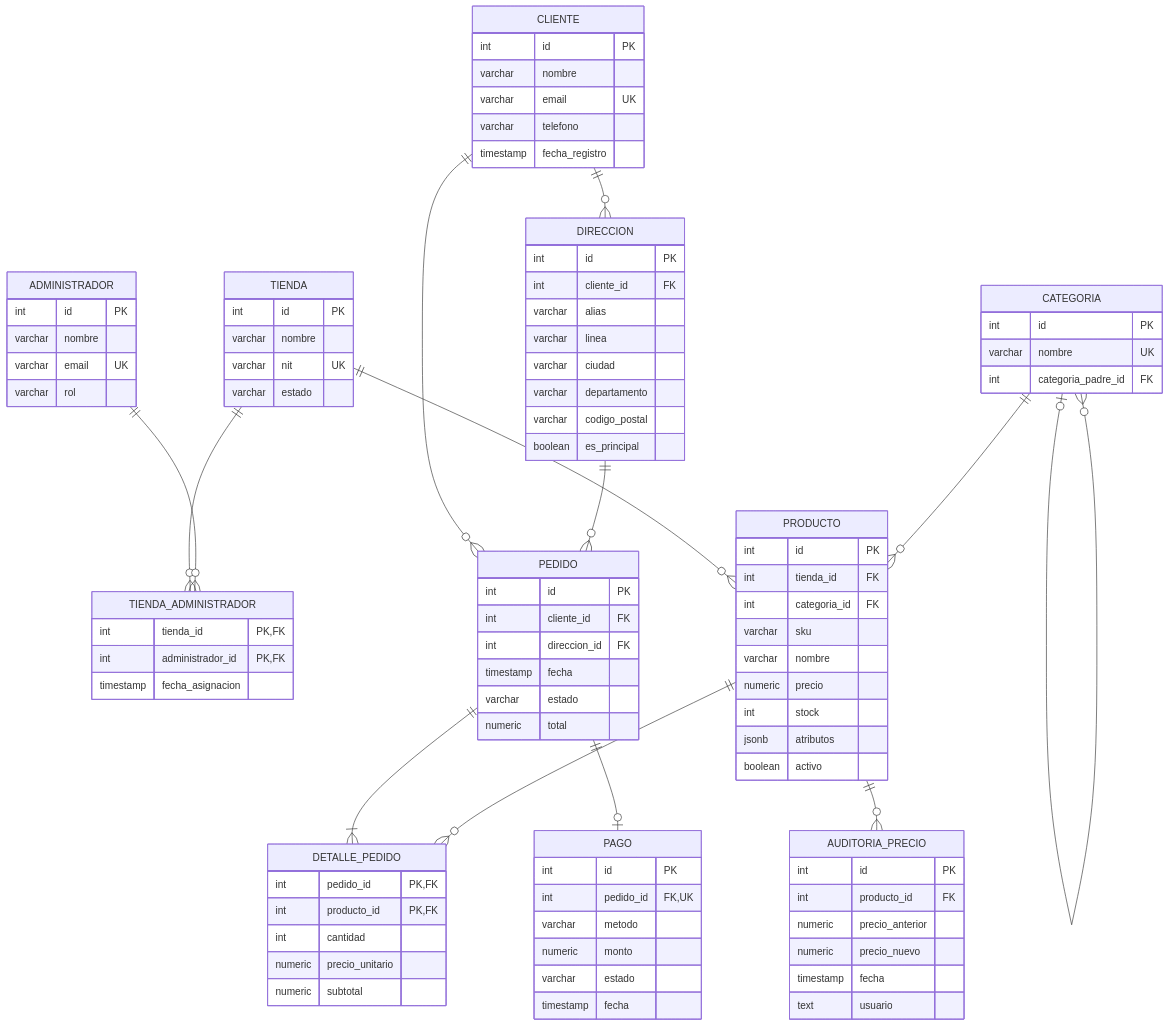
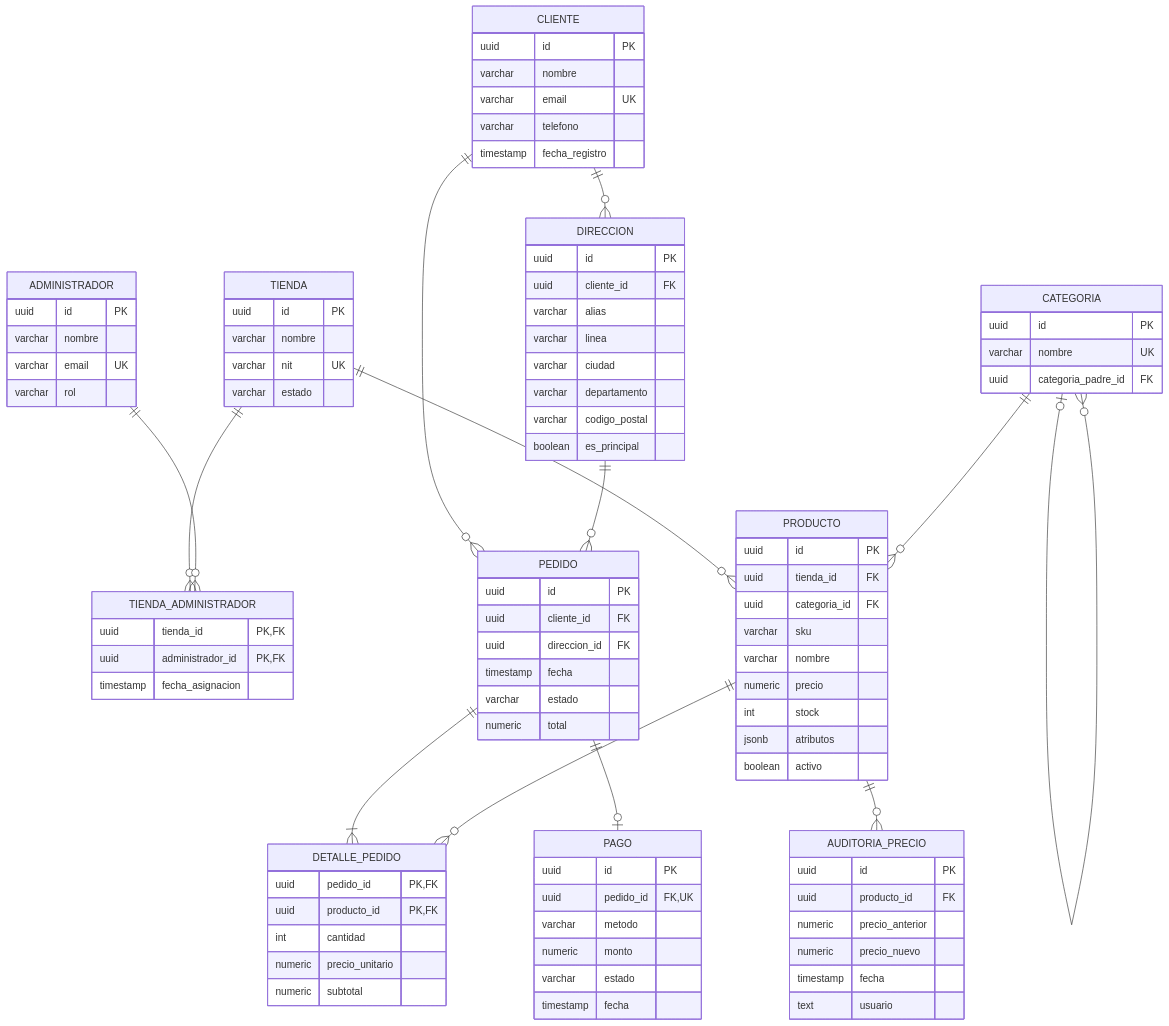
The diagram in diagramas/02_modelo_relacional.mmd (CristianLopez3/aca-bd-scritps), drawn with Mermaid before and after one commit. The commit also changed 3 other files, not shown here.

First line of the commit message:
docs: :memo: Regenera los diagramas con UUID y corrige el solapamiento de la auto-relación

```diff
--- a/diagramas/02_modelo_relacional.mmd
+++ b/diagramas/02_modelo_relacional.mmd
@@ -1,94 +1,94 @@
 erDiagram
     CLIENTE {
-        int id PK
+        uuid id PK
         varchar nombre
         varchar email UK
         varchar telefono
         timestamp fecha_registro
     }
     DIRECCION {
-        int id PK
-        int cliente_id FK
+        uuid id PK
+        uuid cliente_id FK
         varchar alias
         varchar linea
         varchar ciudad
         varchar departamento
         varchar codigo_postal
         boolean es_principal
     }
     TIENDA {
-        int id PK
+        uuid id PK
         varchar nombre
         varchar nit UK
         varchar estado
     }
     ADMINISTRADOR {
-        int id PK
+        uuid id PK
         varchar nombre
         varchar email UK
         varchar rol
     }
     TIENDA_ADMINISTRADOR {
-        int tienda_id PK,FK
-        int administrador_id PK,FK
+        uuid tienda_id PK,FK
+        uuid administrador_id PK,FK
         timestamp fecha_asignacion
     }
     CATEGORIA {
-        int id PK
+        uuid id PK
         varchar nombre UK
-        int categoria_padre_id FK
+        uuid categoria_padre_id FK
     }
     PRODUCTO {
-        int id PK
-        int tienda_id FK
-        int categoria_id FK
+        uuid id PK
+        uuid tienda_id FK
+        uuid categoria_id FK
         varchar sku
         varchar nombre
         numeric precio
         int stock
         jsonb atributos
         boolean activo
     }
     PEDIDO {
-        int id PK
-        int cliente_id FK
-        int direccion_id FK
+        uuid id PK
+        uuid cliente_id FK
+        uuid direccion_id FK
         timestamp fecha
         varchar estado
         numeric total
     }
     DETALLE_PEDIDO {
-        int pedido_id PK,FK
-        int producto_id PK,FK
+        uuid pedido_id PK,FK
+        uuid producto_id PK,FK
         int cantidad
         numeric precio_unitario
         numeric subtotal
     }
     PAGO {
-        int id PK
-        int pedido_id FK,UK
+        uuid id PK
+        uuid pedido_id FK,UK
         varchar metodo
         numeric monto
         varchar estado
         timestamp fecha
     }
     AUDITORIA_PRECIO {
-        int id PK
-        int producto_id FK
+        uuid id PK
+        uuid producto_id FK
         numeric precio_anterior
         numeric precio_nuevo
         timestamp fecha
         text usuario
     }
     CLIENTE ||--o{ DIRECCION : ""
     CLIENTE ||--o{ PEDIDO : ""
     DIRECCION ||--o{ PEDIDO : ""
     TIENDA ||--o{ TIENDA_ADMINISTRADOR : ""
     ADMINISTRADOR ||--o{ TIENDA_ADMINISTRADOR : ""
     TIENDA ||--o{ PRODUCTO : ""
     CATEGORIA ||--o{ PRODUCTO : ""
     CATEGORIA |o--o{ CATEGORIA : ""
     PEDIDO ||--|{ DETALLE_PEDIDO : ""
     PRODUCTO ||--o{ DETALLE_PEDIDO : ""
     PEDIDO ||--o| PAGO : ""
     PRODUCTO ||--o{ AUDITORIA_PRECIO : ""
```
